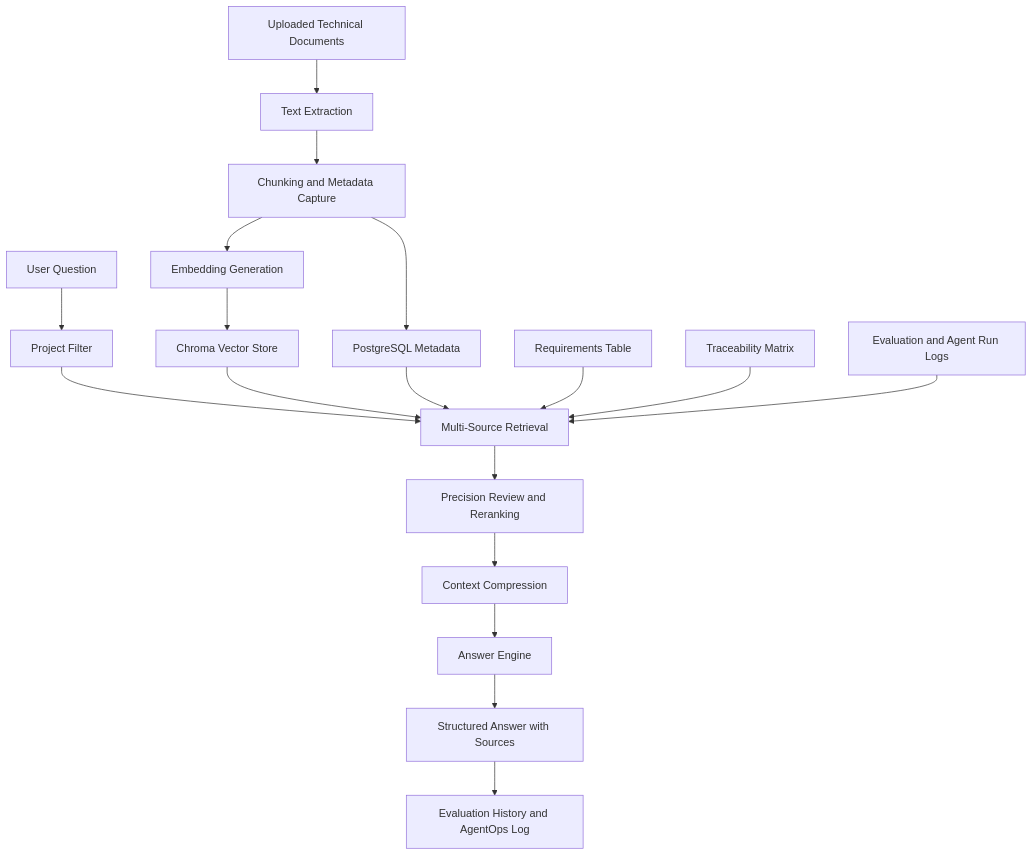
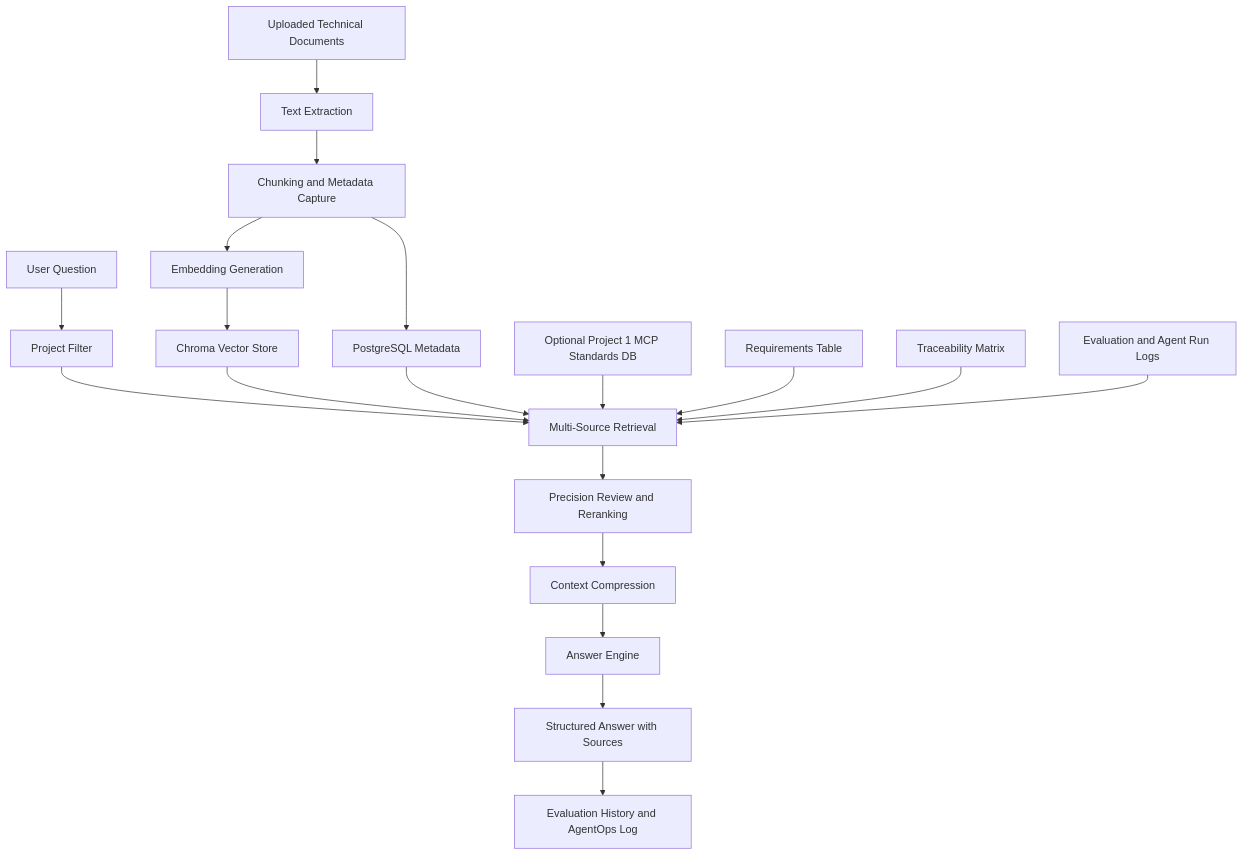
One commit to chz2010/Agentic_Document_AI_Platform_for_Safety_Engineering changed the ninth of 10 diagrams in README.md. Above: the diagram before and after it, drawn with Mermaid. The commit also changed other lines of this file, not shown here.

Commit message:
Update README for recruiter demo and MCP-backed RAG

````diff
--- a/README.md
+++ b/README.md
@@ -354,22 +345,23 @@
 ```mermaid
 flowchart TD
     A[Uploaded Technical Documents] --> B[Text Extraction]
     B --> C[Chunking and Metadata Capture]
     C --> D[Embedding Generation]
     D --> E[Chroma Vector Store]
     C --> F[PostgreSQL Metadata]
 
     G[User Question] --> H[Project Filter]
     H --> I[Multi-Source Retrieval]
     E --> I
     F --> I
+    MCP[Optional Project 1 MCP Standards DB] --> I
     J[Requirements Table] --> I
     K[Traceability Matrix] --> I
     L[Evaluation and Agent Run Logs] --> I
 
     I --> M[Precision Review and Reranking]
     M --> N[Context Compression]
     N --> O[Answer Engine]
     O --> P[Structured Answer with Sources]
     P --> Q[Evaluation History and AgentOps Log]
 ```
````
